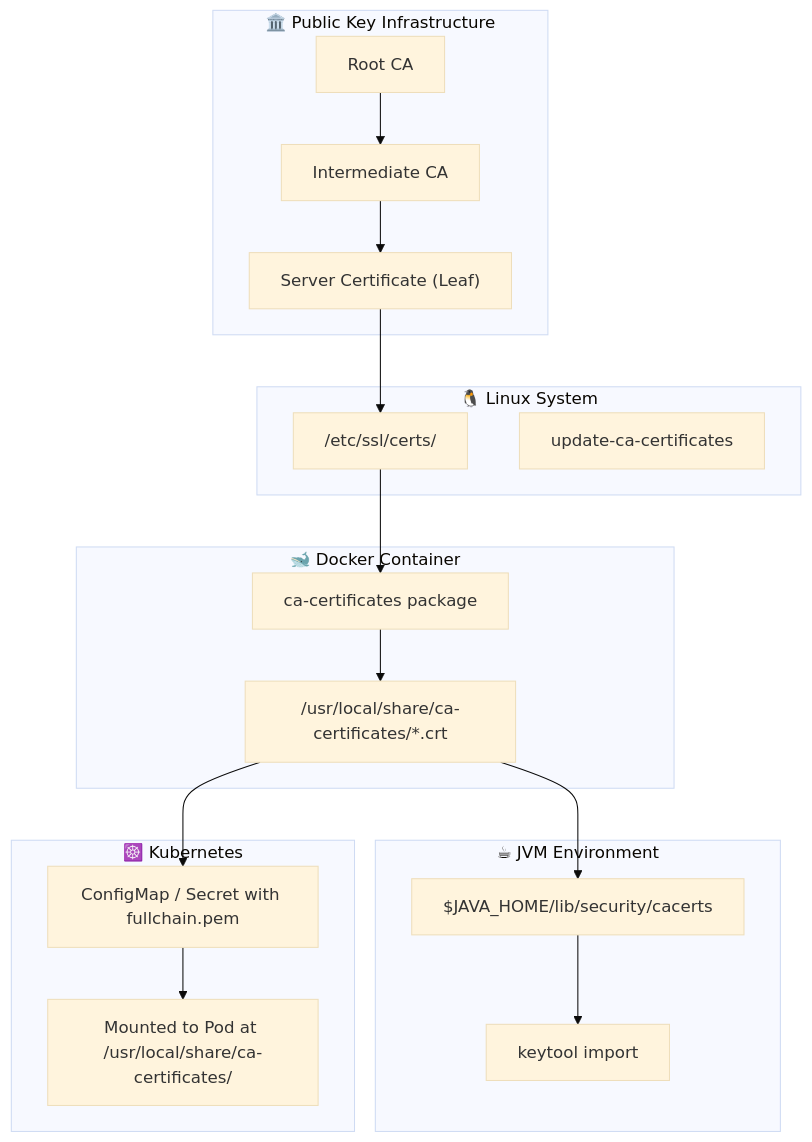
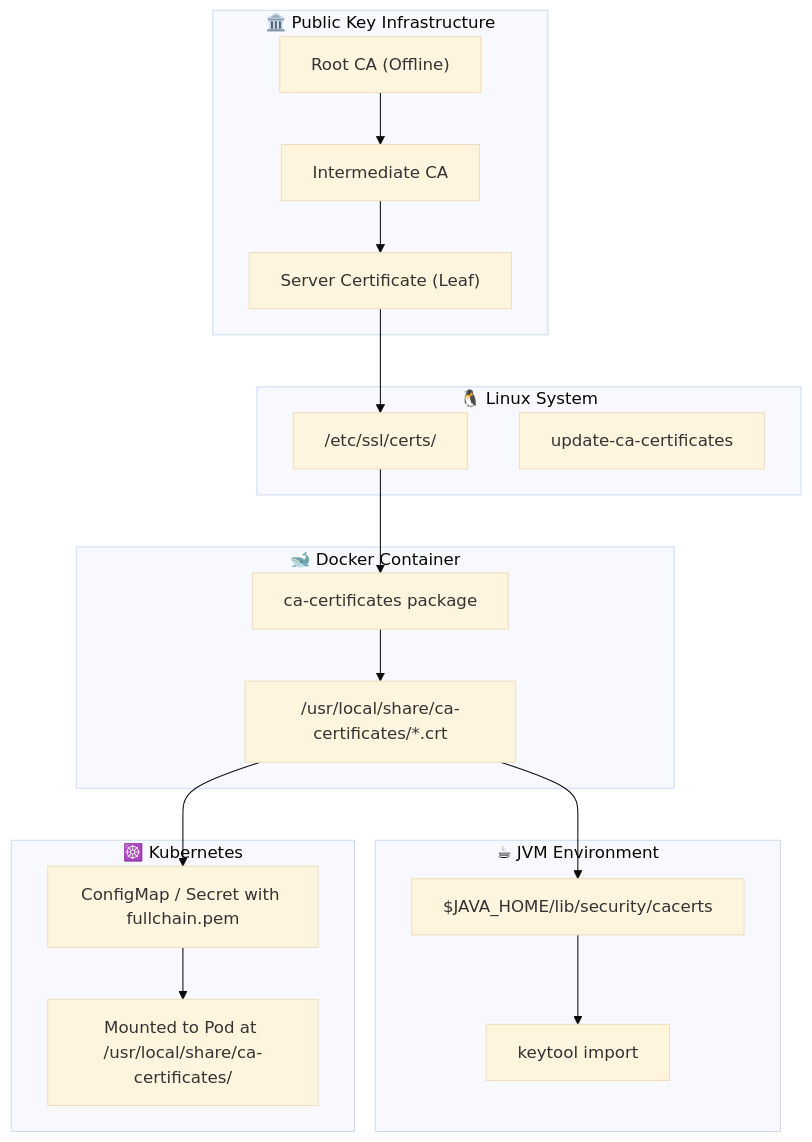
The fourth of 6 diagrams in content/posts/devops-deployment/index.md (norbix/norbix.dev), drawn with Mermaid (base theme) before and after one commit. The commit also changed other lines of this file, not shown here.

````diff
--- a/content/posts/devops-deployment/index.md
+++ b/content/posts/devops-deployment/index.md
@@ -459,33 +539,33 @@
 ```mermaid
 flowchart TB
     subgraph PKI["🏛️ Public Key Infrastructure"]
-        A["Root CA"]
+        A["Root CA (Offline)"]
         B["Intermediate CA"]
         C["Server Certificate (Leaf)"]
     end
 
     subgraph Linux["🐧 Linux System"]
         D["/etc/ssl/certs/"]
         E["update-ca-certificates"]
     end
 
     subgraph Docker["🐋 Docker Container"]
         F["ca-certificates package"]
         G["/usr/local/share/ca-certificates/*.crt"]
     end
 
     subgraph JVM["☕ JVM Environment"]
         H["$JAVA_HOME/lib/security/cacerts"]
         I["keytool import"]
     end
 
     subgraph K8s["☸️ Kubernetes"]
         J["ConfigMap / Secret with fullchain.pem"]
         K["Mounted to Pod at /usr/local/share/ca-certificates/"]
     end
 
     A --> B --> C
     C --> D --> F --> G
     G --> H --> I
     G --> J --> K
 ```
````
